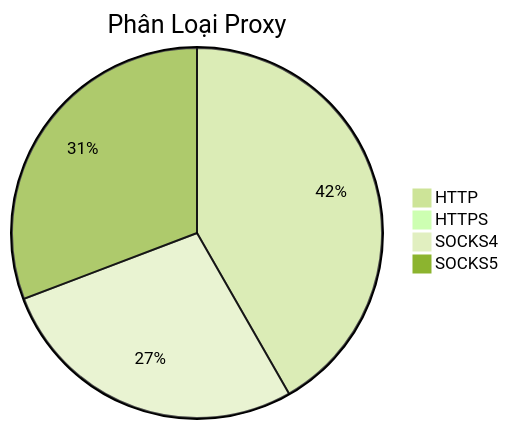
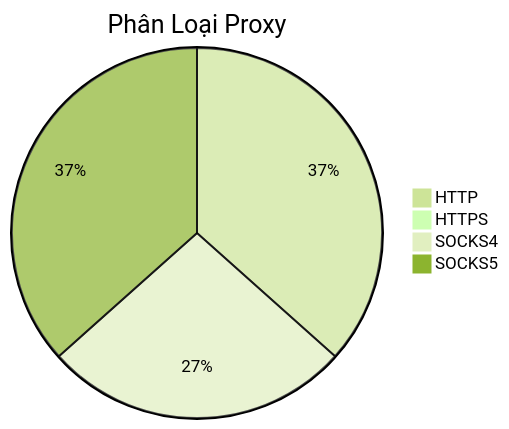
Before and after one commit to Ciara-12/PROXY-free: the diagram in README.md, drawn with Mermaid (forest theme). The commit also changed other lines of this file and 3 other files, not shown here.

````diff
--- a/README.md
+++ b/README.md
@@ -26,7 +26,7 @@
 ```mermaid
 pie title Phân Loại Proxy
-    "HTTP" : 698
+    "HTTP" : 624
     "HTTPS" : 0
-    "SOCKS4" : 460
-    "SOCKS5" : 515
+    "SOCKS4" : 457
+    "SOCKS5" : 624
 ```
````
